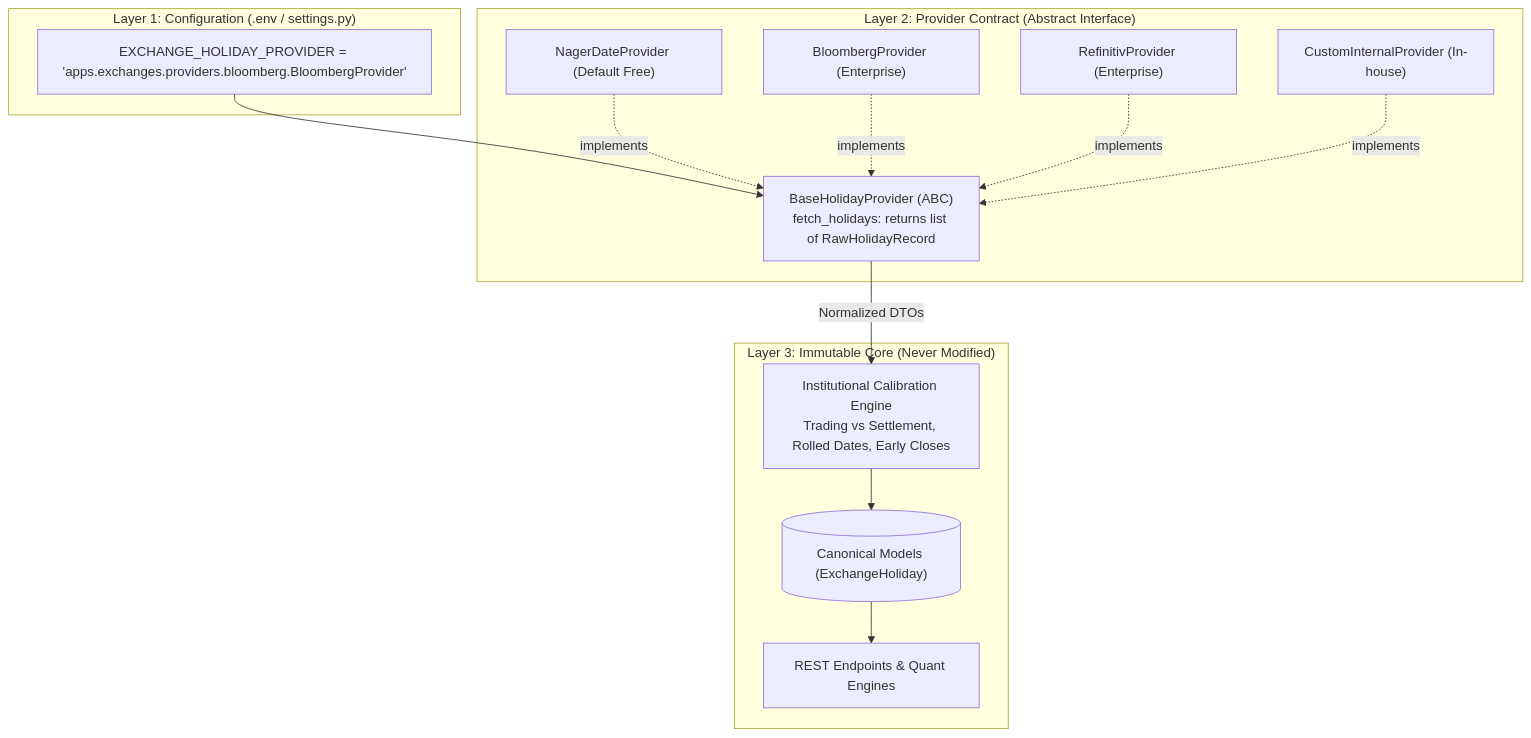
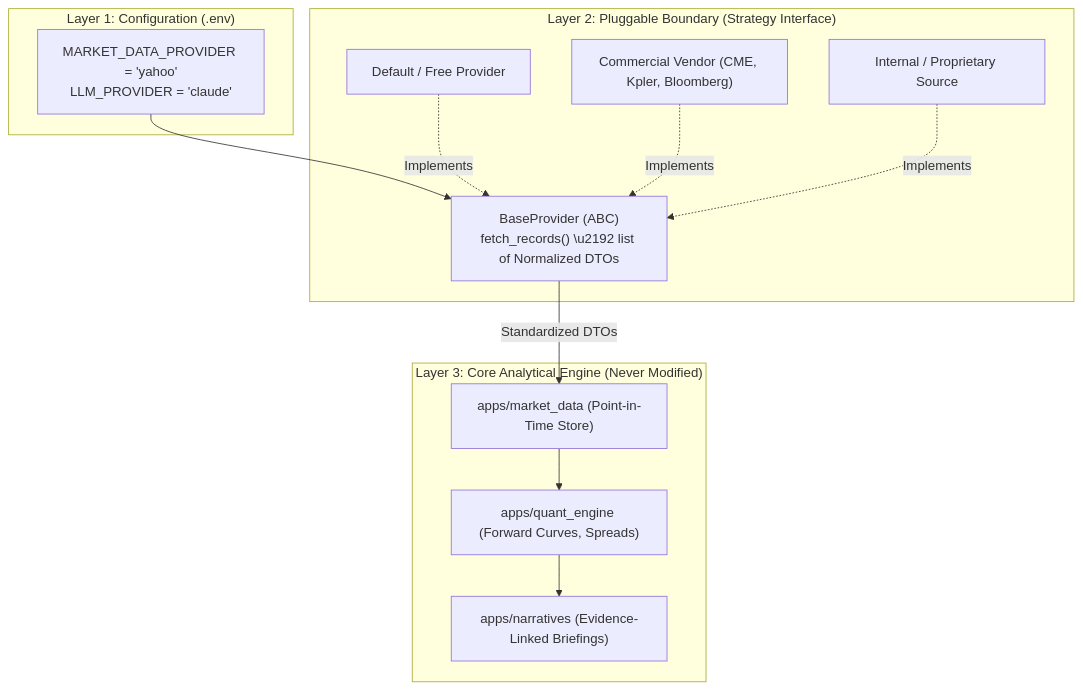
The diagram in docs/guides/data-sources.md (nansari-0134/commodity-market-smart-analyst), drawn with Mermaid before and after one commit. The commit also changed other lines of this file and 6 other files, not shown here.

First line of the commit message:
docs(architecture): rewrite documentation into chapter-based flow and add provider swapping guides

````diff
--- a/docs/guides/data-sources.md
+++ b/docs/guides/data-sources.md
@@ -13,29 +15,26 @@
 ```mermaid
 graph TD
-    subgraph L1 ["Layer 1: Configuration (.env / settings.py)"]
-        CFG["EXCHANGE_HOLIDAY_PROVIDER = 'apps.exchanges.providers.bloomberg.BloombergProvider'"]
+    subgraph Layer1 ["Layer 1: Configuration (.env)"]
+        CFG["MARKET_DATA_PROVIDER = 'yahoo'<br/>LLM_PROVIDER = 'claude'"]
     end
 
-    subgraph L2 ["Layer 2: Provider Contract (Abstract Interface)"]
-        Contract["BaseHolidayProvider (ABC)<br/>fetch_holidays: returns list of RawHolidayRecord"]
-        P1["NagerDateProvider (Default Free)"]
-        P2["BloombergProvider (Enterprise)"]
-        P3["RefinitivProvider (Enterprise)"]
-        P4["CustomInternalProvider (In-house)"]
+    subgraph Layer2 ["Layer 2: Pluggable Boundary (Strategy Interface)"]
+        Interface["BaseProvider (ABC)<br/>fetch_records() \u2192 list of Normalized DTOs"]
+        P1["Default / Free Provider"]
+        P2["Commercial Vendor (CME, Kpler, Bloomberg)"]
+        P3["Internal / Proprietary Source"]
     end
 
-    subgraph L3 ["Layer 3: Immutable Core (Never Modified)"]
-        Calib["Institutional Calibration Engine<br/>Trading vs Settlement, Rolled Dates, Early Closes"]
-        Models[("Canonical Models (ExchangeHoliday)")]
-        APIs["REST Endpoints & Quant Engines"]
+    subgraph Layer3 ["Layer 3: Core Analytical Engine (Never Modified)"]
+        Store["apps/market_data (Point-in-Time Store)"]
+        Quant["apps/quant_engine (Forward Curves, Spreads)"]
+        AI["apps/narratives (Evidence-Linked Briefings)"]
     end
 
-    CFG --> Contract
-    P1 -. implements .-> Contract
-    P2 -. implements .-> Contract
-    P3 -. implements .-> Contract
-    P4 -. implements .-> Contract
-    Contract -->|Normalized DTOs| Calib
-    Calib --> Models
-    Models --> APIs
+    CFG --> Interface
+    P1 -. Implements .-> Interface
+    P2 -. Implements .-> Interface
+    P3 -. Implements .-> Interface
+    Interface -->|Standardized DTOs| Store
+    Store --> Quant --> AI
 ```
````
